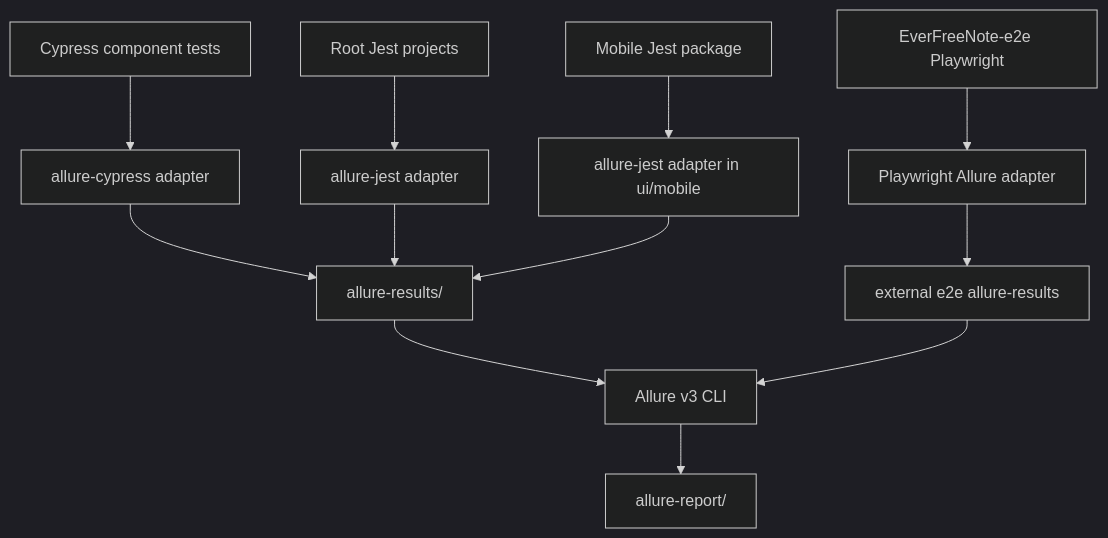
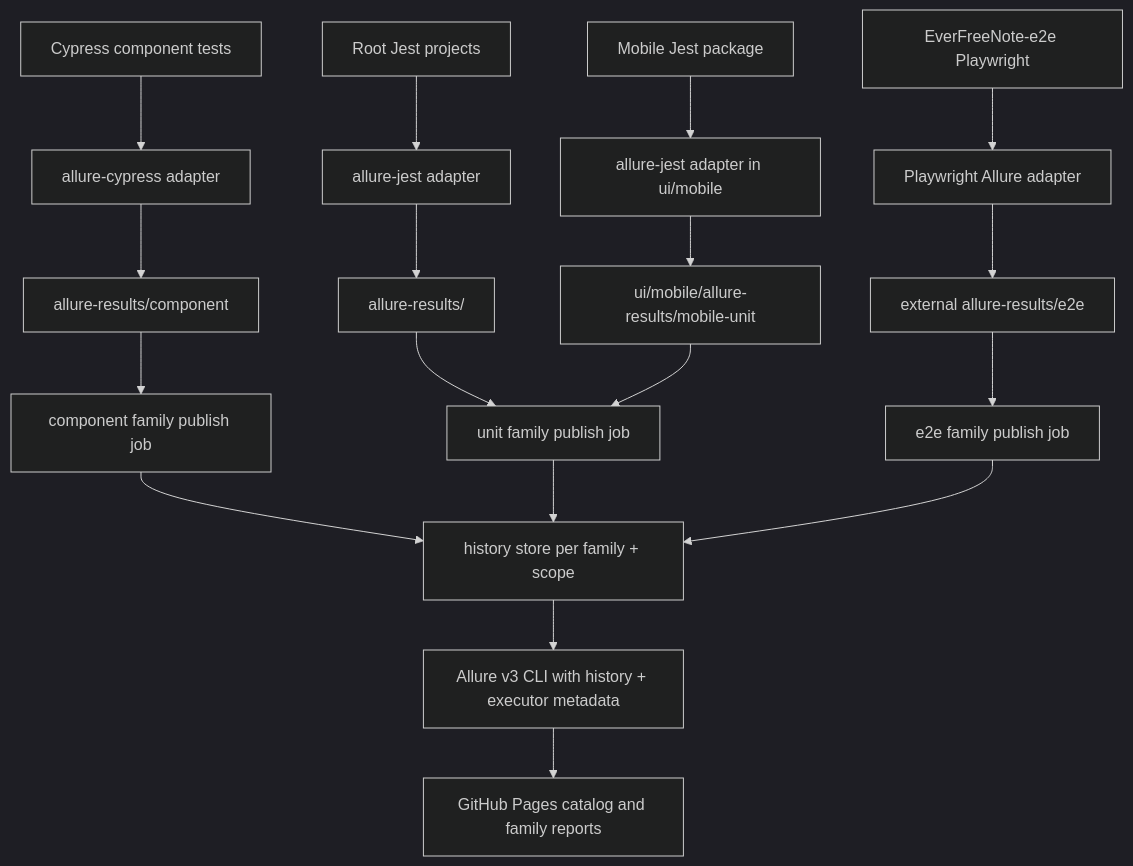
Before and after one commit to koreyba/EverFreeNote: the diagram in docs/ai/design/feature-allure-report-v3.md, drawn with Mermaid (dark theme). The commit also changed other lines of this file and 15 other files, not shown here.

Commit message:
Implement Allure family reports publishing to GitHub Pages

````diff
--- a/docs/ai/design/feature-allure-report-v3.md
+++ b/docs/ai/design/feature-allure-report-v3.md
@@ -11,14 +11,20 @@
 ```mermaid
 flowchart TD
   CypressCT["Cypress component tests"] --> AC["allure-cypress adapter"]
   RootJest["Root Jest projects"] --> AJ["allure-jest adapter"]
   MobileJest["Mobile Jest package"] --> MAJ["allure-jest adapter in ui/mobile"]
   ExternalE2E["EverFreeNote-e2e Playwright"] --> PW["Playwright Allure adapter"]
-  AC --> Results["allure-results/<suite>"]
-  AJ --> Results
-  MAJ --> Results
-  PW --> E2EResults["external e2e allure-results"]
-  Results --> CLI["Allure v3 CLI"]
-  E2EResults --> CLI
-  CLI --> Report["allure-report/<suite>"]
+  AC --> ComponentResults["allure-results/component"]
+  AJ --> UnitResults["allure-results/<suite>"]
+  MAJ --> MobileResults["ui/mobile/allure-results/mobile-unit"]
+  PW --> E2EResults["external allure-results/e2e"]
+  ComponentResults --> ComponentPublish["component family publish job"]
+  UnitResults --> UnitPublish["unit family publish job"]
+  MobileResults --> UnitPublish
+  E2EResults --> E2EPublish["e2e family publish job"]
+  ComponentPublish --> History["history store per family + scope"]
+  UnitPublish --> History
+  E2EPublish --> History
+  History --> AllureCLI["Allure v3 CLI with history + executor metadata"]
+  AllureCLI --> Pages["GitHub Pages catalog and family reports"]
 ```
````
